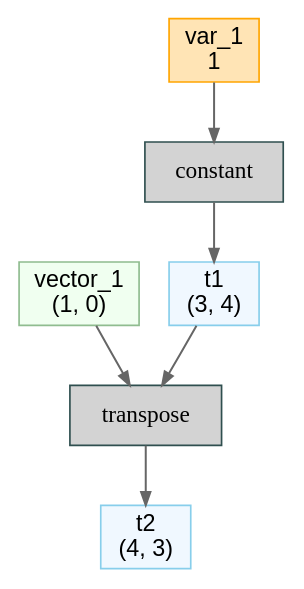
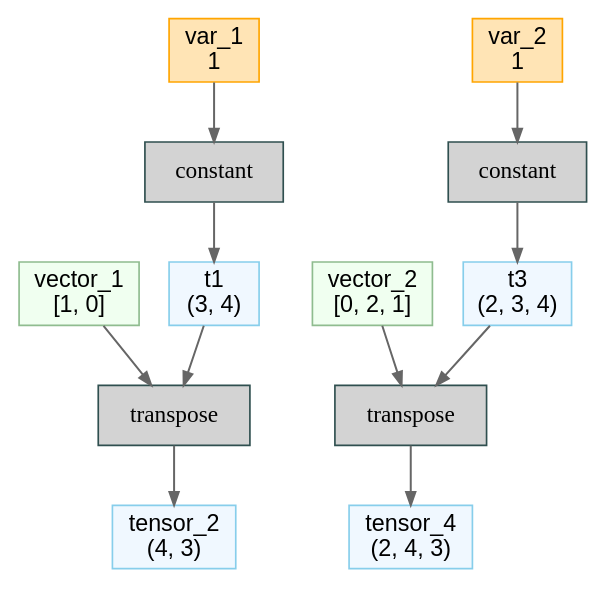
One commit to zhaziqwe/deepx changed the diagram in front/py/examples/2_ir/4_transpose.dot. Above: the diagram before and after it, drawn with Graphviz. The commit also changed 23 other files, not shown here.

```diff
--- a/front/py/examples/2_ir/4_transpose.dot
+++ b/front/py/examples/2_ir/4_transpose.dot
@@ -1,20 +1,35 @@
 // Computational Graph
 digraph {
 	rankdir=TB
 	node [shape=record]
-	129492947520000 [label="t1
+	124044458592768 [label="t1
 (3, 4)" color=skyblue fillcolor=aliceblue fontname="Sans-Serif" labeljust=l shape=box style=filled]
-	129492947528256 [label=constant color=darkslategray fillcolor=lightgray fontname="Courier Bold" labeljust=l shape=box style=filled]
-	129492947528016 [label="var_1
+	124042484217168 [label=constant color=darkslategray fillcolor=lightgray fontname="Courier Bold" labeljust=l shape=box style=filled]
+	124042484866432 [label="var_1
 1" color=orange fillcolor=moccasin fontname="Sans-Serif" labeljust=l shape=box style=filled]
-	129492948007568 [label="t2
+	124042483246096 [label="tensor_2
 (4, 3)" color=skyblue fillcolor=aliceblue fontname="Sans-Serif" labeljust=l shape=box style=filled]
-	129492948007616 [label="vector_1
-(1, 0)" color=darkseagreen fillcolor=honeydew fontname="Sans-Serif" labeljust=l shape=box style=filled]
-	129492948007328 [label=transpose color=darkslategray fillcolor=lightgray fontname="Courier Bold" labeljust=l shape=box style=filled]
-	129492947528256 -> 129492947520000 [arrowsize=0.8 color=gray40 penwidth=1.2]
-	129492947528016 -> 129492947528256 [arrowsize=0.8 color=gray40 penwidth=1.2]
-	129492948007328 -> 129492948007568 [arrowsize=0.8 color=gray40 penwidth=1.2]
-	129492947520000 -> 129492948007328 [arrowsize=0.8 color=gray40 penwidth=1.2]
-	129492948007616 -> 129492948007328 [arrowsize=0.8 color=gray40 penwidth=1.2]
+	124042483246192 [label="vector_1
+[1, 0]" color=darkseagreen fillcolor=honeydew fontname="Sans-Serif" labeljust=l shape=box style=filled]
+	124042483245904 [label=transpose color=darkslategray fillcolor=lightgray fontname="Courier Bold" labeljust=l shape=box style=filled]
+	124042483245952 [label="t3
+(2, 3, 4)" color=skyblue fillcolor=aliceblue fontname="Sans-Serif" labeljust=l shape=box style=filled]
+	124042483246528 [label=constant color=darkslategray fillcolor=lightgray fontname="Courier Bold" labeljust=l shape=box style=filled]
+	124042483246480 [label="var_2
+1" color=orange fillcolor=moccasin fontname="Sans-Serif" labeljust=l shape=box style=filled]
+	124042483247008 [label="tensor_4
+(2, 4, 3)" color=skyblue fillcolor=aliceblue fontname="Sans-Serif" labeljust=l shape=box style=filled]
+	124042483248448 [label="vector_2
+[0, 2, 1]" color=darkseagreen fillcolor=honeydew fontname="Sans-Serif" labeljust=l shape=box style=filled]
+	124042483244848 [label=transpose color=darkslategray fillcolor=lightgray fontname="Courier Bold" labeljust=l shape=box style=filled]
+	124042484217168 -> 124044458592768 [arrowsize=0.8 color=gray40 penwidth=1.2]
+	124042484866432 -> 124042484217168 [arrowsize=0.8 color=gray40 penwidth=1.2]
+	124042483245904 -> 124042483246096 [arrowsize=0.8 color=gray40 penwidth=1.2]
+	124044458592768 -> 124042483245904 [arrowsize=0.8 color=gray40 penwidth=1.2]
+	124042483246192 -> 124042483245904 [arrowsize=0.8 color=gray40 penwidth=1.2]
+	124042483246528 -> 124042483245952 [arrowsize=0.8 color=gray40 penwidth=1.2]
+	124042483246480 -> 124042483246528 [arrowsize=0.8 color=gray40 penwidth=1.2]
+	124042483244848 -> 124042483247008 [arrowsize=0.8 color=gray40 penwidth=1.2]
+	124042483245952 -> 124042483244848 [arrowsize=0.8 color=gray40 penwidth=1.2]
+	124042483248448 -> 124042483244848 [arrowsize=0.8 color=gray40 penwidth=1.2]
 }
```
